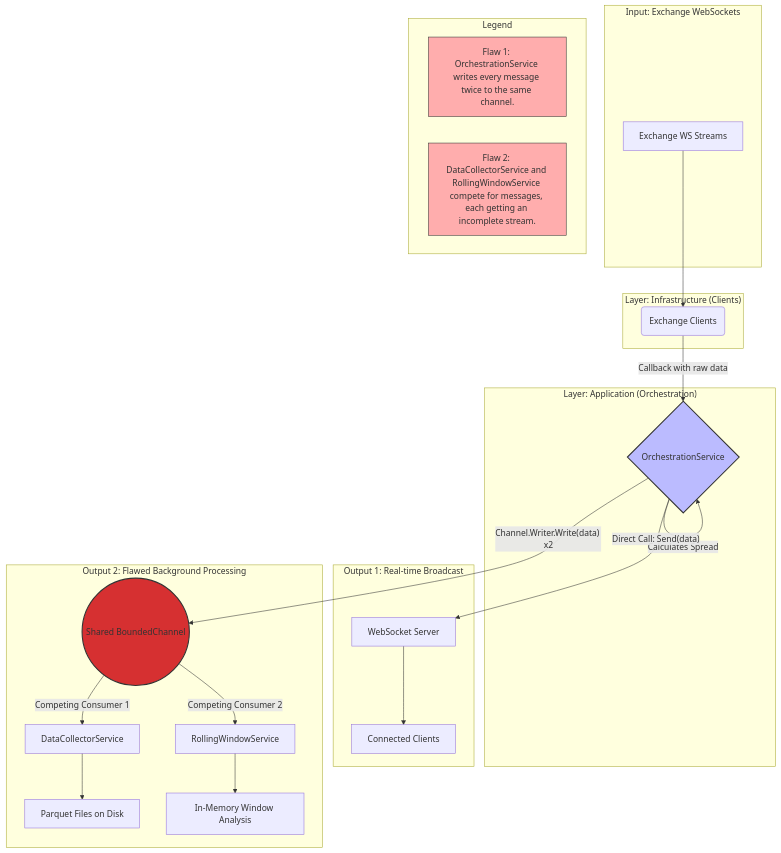
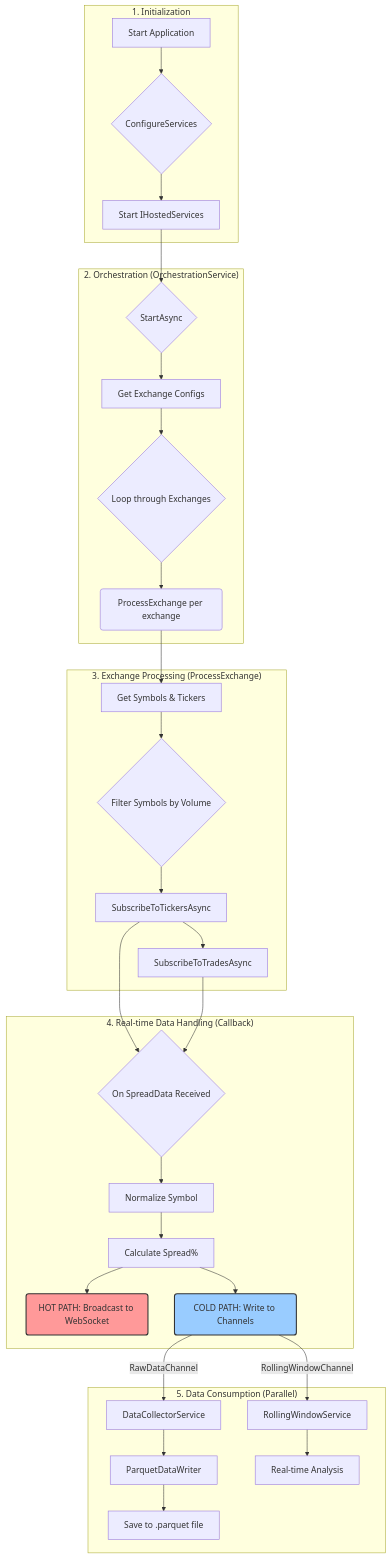
The diagram in collections/docs/5_mermaid/process_flow.mmd (Gogi213/arb1), drawn with Mermaid before and after one commit. The commit also changed 76 other files, not shown here.

````diff
--- a/collections/docs/5_mermaid/process_flow.mmd
+++ b/collections/docs/5_mermaid/process_flow.mmd
@@ -1,41 +1,40 @@
-```mermaid
 graph TD
-    subgraph "Input: Exchange WebSockets"
-        A[Exchange WS Streams]
+    subgraph "1. Initialization"
+        A[Start Application] --> B{ConfigureServices};
+        B --> C[Start IHostedServices];
     end
 
-    subgraph "Layer: Infrastructure (Clients)"
-        B(Exchange Clients)
-        A --> B
+    subgraph "2. Orchestration (OrchestrationService)"
+        C --> D{StartAsync};
+        D --> E[Get Exchange Configs];
+        E --> F{Loop through Exchanges};
+        F --> G(ProcessExchange per exchange);
     end
 
-    subgraph "Layer: Application (Orchestration)"
-        B -- "Callback with raw data" --> C{OrchestrationService};
-        C -- "Calculates Spread" --> C;
+    subgraph "3. Exchange Processing (ProcessExchange)"
+        G --> H[Get Symbols & Tickers];
+        H --> I{Filter Symbols by Volume};
+        I --> J[SubscribeToTickersAsync];
+        J --> K[SubscribeToTradesAsync];
     end
 
-    subgraph "Output 1: Real-time Broadcast"
-        C -- "Direct Call: Send(data)" --> D[WebSocket Server];
-        D --> E[Connected Clients];
+    subgraph "4. Real-time Data Handling (Callback)"
+        J --> L{On SpreadData Received};
+        K --> L;
+        L --> M[Normalize Symbol];
+        M --> N[Calculate Spread%];
+        N --> O(HOT PATH: Broadcast to WebSocket);
+        N --> P(COLD PATH: Write to Channels);
     end
 
-    subgraph "Output 2: Flawed Background Processing"
-        C -- "Channel.Writer.Write(data) x2" --> F((Shared BoundedChannel));
-        F -- "Competing Consumer 1" --> G[DataCollectorService];
-        F -- "Competing Consumer 2" --> H[RollingWindowService];
-        G --> I[Parquet Files on Disk];
-        H --> J[In-Memory Window Analysis];
+    subgraph "5. Data Consumption (Parallel)"
+        P -- "RawDataChannel" --> Q[DataCollectorService];
+        Q --> R[ParquetDataWriter];
+        R --> S[Save to .parquet file];
+
+        P -- "RollingWindowChannel" --> T[RollingWindowService];
+        T --> U[Real-time Analysis];
     end
 
-    subgraph "Legend"
-        direction LR
-        L1[Flaw 1: OrchestrationService writes every message twice to the same channel.]
-        L2[Flaw 2: DataCollectorService and RollingWindowService compete for messages, each getting an incomplete stream.]
-    end
-
-
-    style C fill:#bbf,stroke:#333,stroke-width:2px
-    style F fill:#d63031,stroke:#333,stroke-width:2px
-    style L1 fill:#ffadad,stroke:#333,stroke-width:1px
-    style L2 fill:#ffadad,stroke:#333,stroke-width:1px
-```
+    style O fill:#ff9999,stroke:#333,stroke-width:2px
+    style P fill:#99ccff,stroke:#333,stroke-width:2px
````
